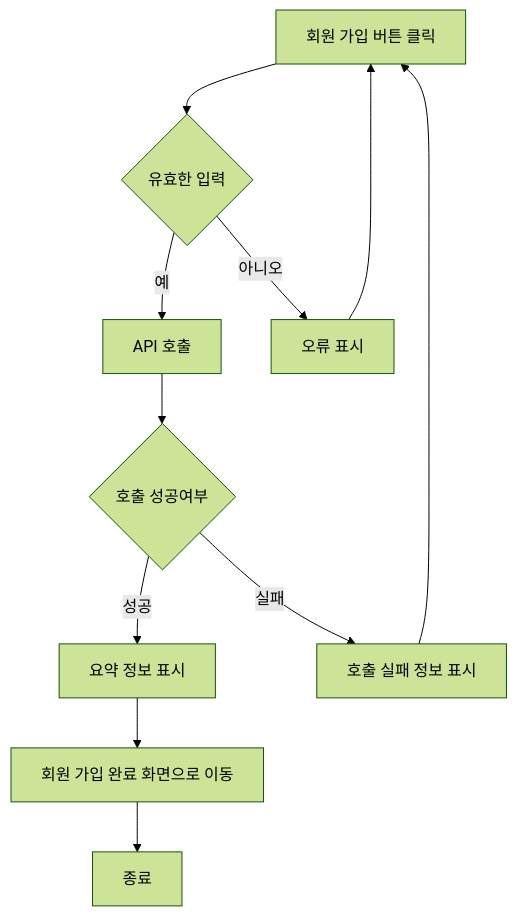
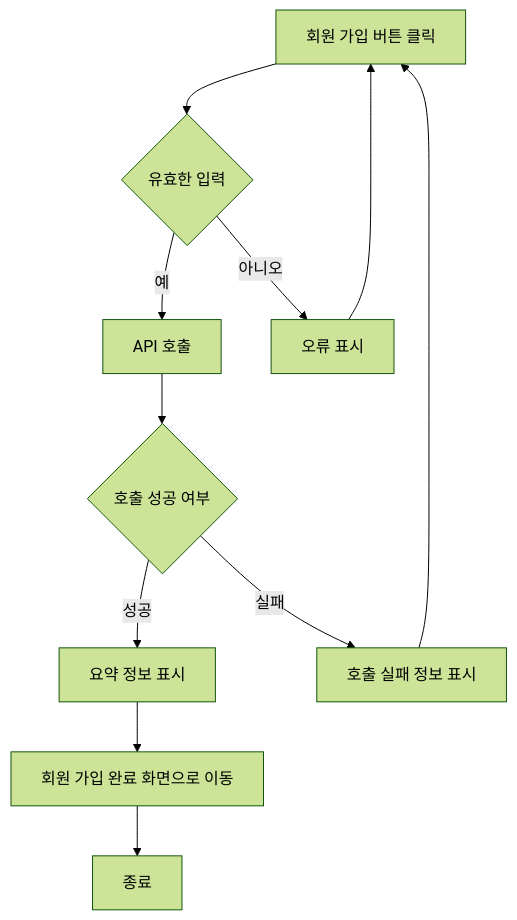
One commit to Dev-FE-2/3_swim_diary changed the first of 40 diagrams in design/기능정의서.md. Above: the diagram before and after it, drawn with Mermaid (forest theme). The commit also changed other lines of this file, not shown here.

````diff
--- a/design/기능정의서.md
+++ b/design/기능정의서.md
@@ -33,14 +33,14 @@
 ```mermaid
 flowchart TD
 
 A[회원 가입 버튼 클릭] --> B{유효한 입력}
 B -- 예 --> C[API 호출]
 B -- 아니오 --> D[오류 표시]
 D --> A
-C --> E{호출 성공여부}
+C --> E{호출 성공 여부}
 E -- 성공 --> F[요약 정보 표시]
 E -- 실패 --> G[호출 실패 정보 표시]
 G --> A
 F --> H[회원 가입 완료 화면으로 이동]
 H --> Z[종료]
 ```
````
